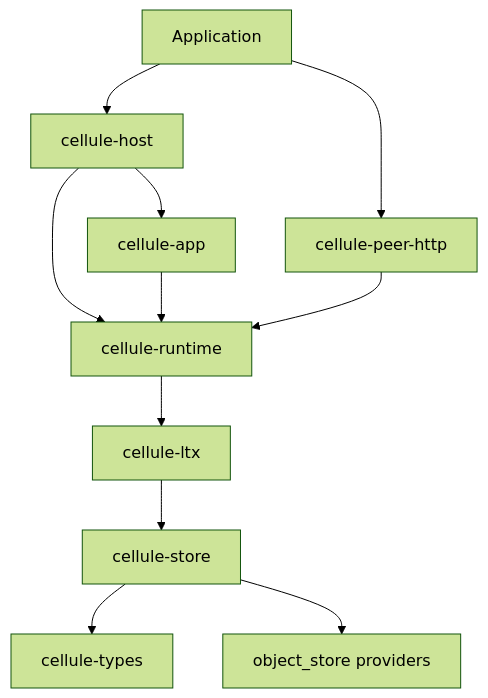
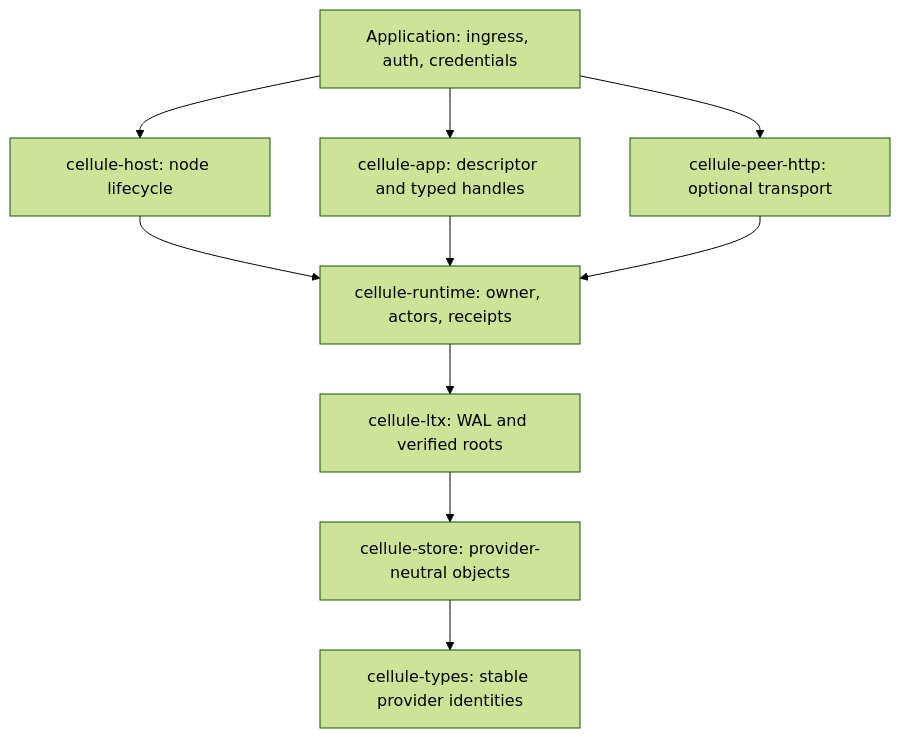
The first of 3 diagrams in docs/architecture.md (andypeng2015/cellule), drawn with Mermaid (forest theme) before and after one commit. The commit also changed other lines of this file and 18 other files, not shown here.

````diff
--- a/docs/architecture.md
+++ b/docs/architecture.md
@@ -5,13 +9,12 @@
 ```mermaid
 flowchart TD
-    Service[Application] --> Host[cellule-host]
-    Service --> HTTP[cellule-peer-http]
-    Host --> App[cellule-app]
-    Host --> Runtime[cellule-runtime]
+    Service[Application: ingress, auth, credentials] --> Host[cellule-host: node lifecycle]
+    Service --> App[cellule-app: descriptor and typed handles]
+    Service --> Peer[cellule-peer-http: optional transport]
+    Host --> Runtime[cellule-runtime: owner, actors, receipts]
     App --> Runtime
-    HTTP --> Runtime
-    Runtime --> LTX[cellule-ltx]
-    LTX --> Store[cellule-store]
-    Store --> Types[cellule-types]
-    Store --> Providers[object_store providers]
+    Peer --> Runtime
+    Runtime --> LTX[cellule-ltx: WAL and verified roots]
+    LTX --> Store[cellule-store: provider-neutral objects]
+    Store --> Types[cellule-types: stable provider identities]
 ```
````
